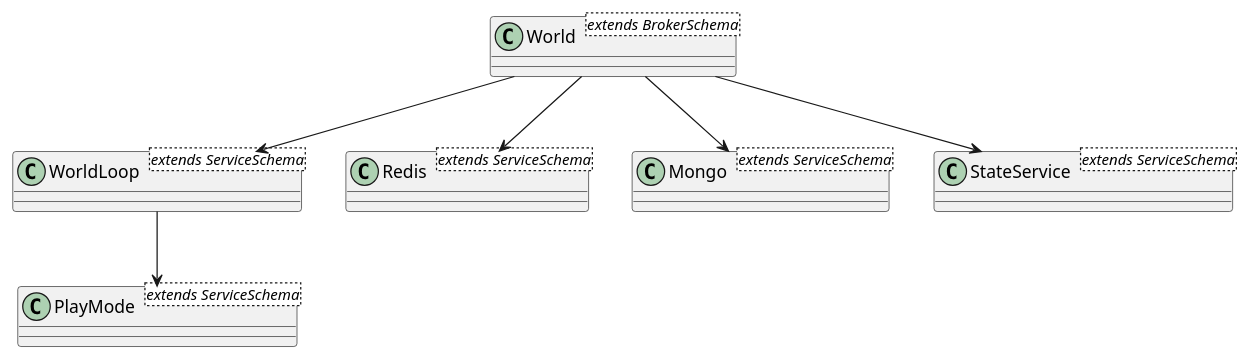
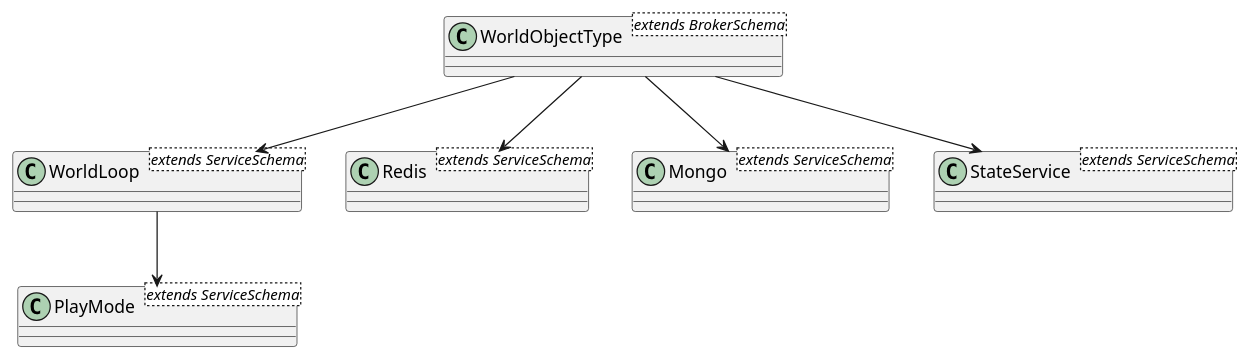
Before and after one commit to Cloudxtreme/engine-2: the diagram in docs/pages/developer_guide/world/world_architecture.puml, drawn with PlantUML. The commit also changed 25 other files, not shown here.

```diff
--- a/docs/pages/developer_guide/world/world_architecture.puml
+++ b/docs/pages/developer_guide/world/world_architecture.puml
@@ -1,14 +1,14 @@
 @startuml
-class World<extends BrokerSchema>
+class WorldObjectType<extends BrokerSchema>
 class WorldLoop<extends ServiceSchema>
 class Redis<extends ServiceSchema>
 class Mongo<extends ServiceSchema>
 class PlayMode<extends ServiceSchema>
 class StateService<extends ServiceSchema>
 
-World --> WorldLoop
-World --> Redis
-World --> Mongo
-World --> StateService
+WorldObjectType --> WorldLoop
+WorldObjectType --> Redis
+WorldObjectType --> Mongo
+WorldObjectType --> StateService
 WorldLoop --> PlayMode
 @enduml
```
